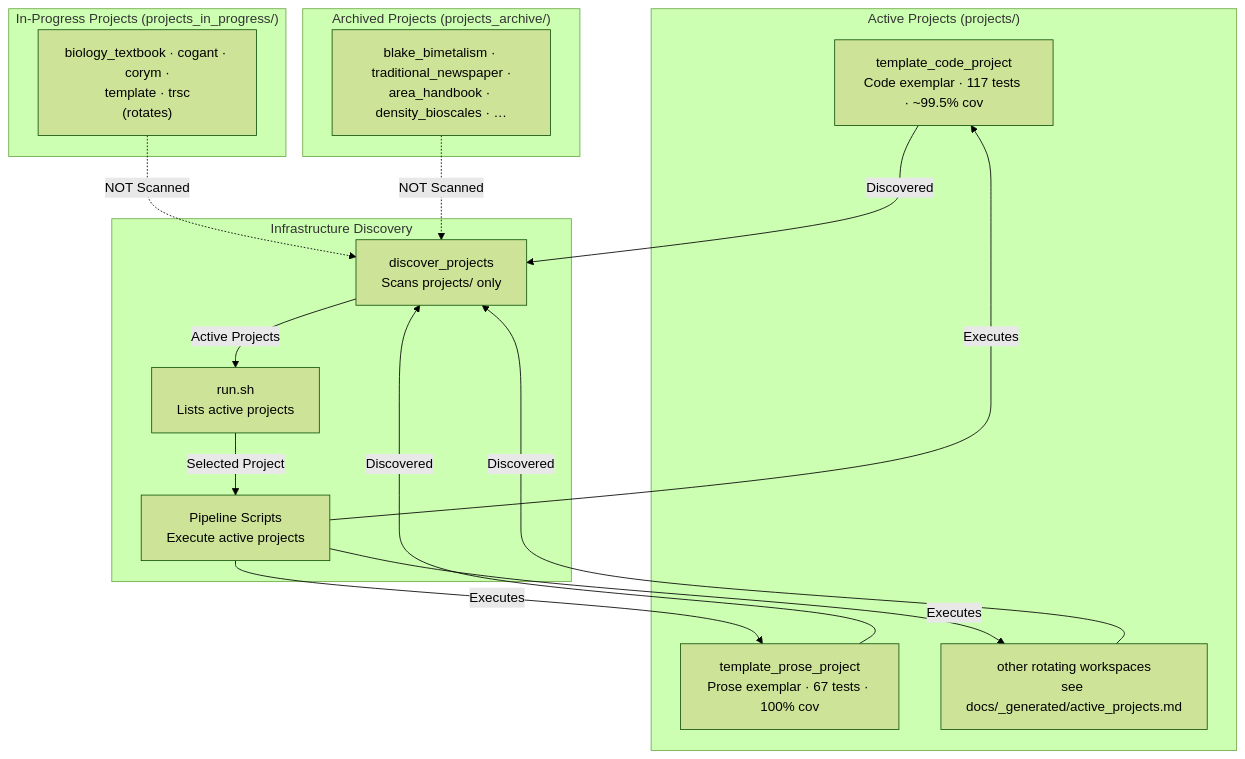
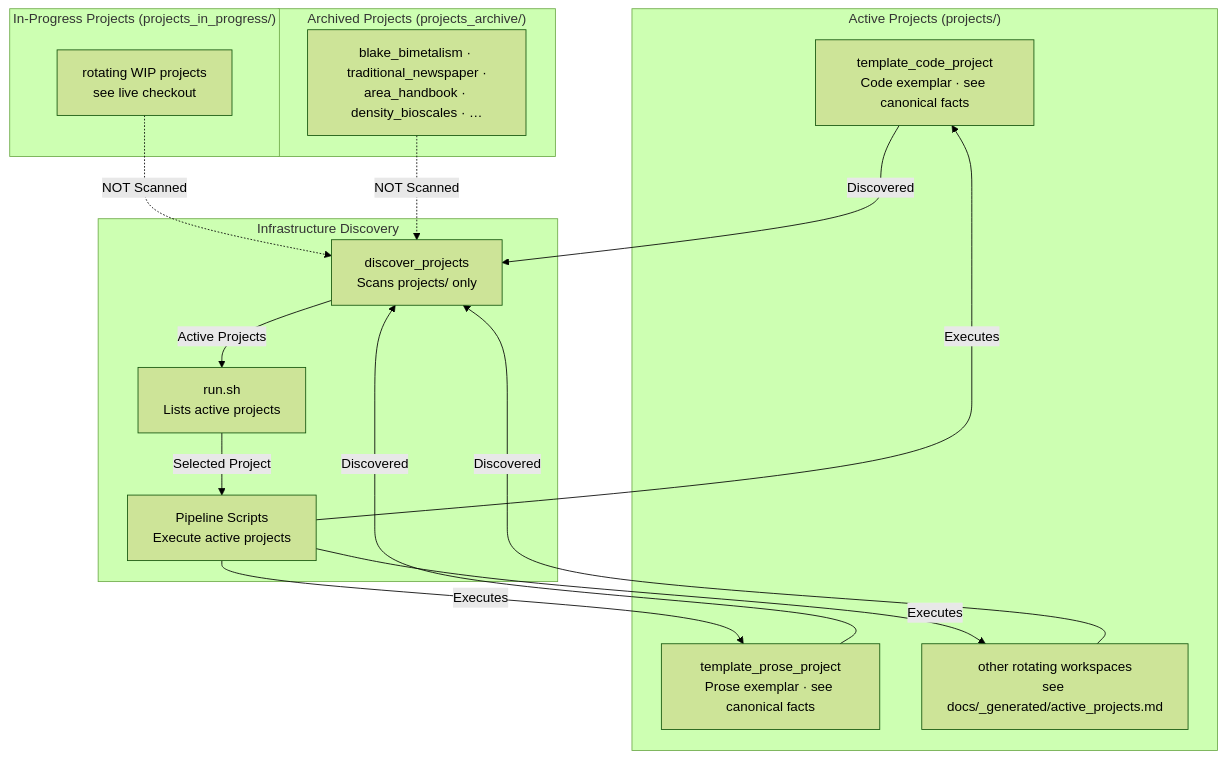
Before and after one commit to docxology/template: the first of 7 diagrams in projects/AGENTS.md, drawn with Mermaid (forest theme). The commit also changed other lines of this file and 482 other files, not shown here.

````diff
--- a/projects/AGENTS.md
+++ b/projects/AGENTS.md
@@ -81,34 +89,34 @@
 ```mermaid
 graph TD
     subgraph Active["Active Projects (projects/)"]
-        P1[template_code_project<br/>Code exemplar · 117 tests · ~99.5% cov]
-        P2[template_prose_project<br/>Prose exemplar · 67 tests · 100% cov]
+        P1[template_code_project<br/>Code exemplar · see canonical facts]
+        P2[template_prose_project<br/>Prose exemplar · see canonical facts]
         Pn[other rotating workspaces<br/>see docs/_generated/active_projects.md]
     end
 
     subgraph InProgress["In-Progress Projects (projects_in_progress/)"]
-        IP["biology_textbook · cogant · corym ·<br/>template · trsc<br/>(rotates)"]
+        IP["rotating WIP projects<br/>see live checkout"]
     end
 
     subgraph Archive["Archived Projects (projects_archive/)"]
         A[blake_bimetalism · traditional_newspaper ·<br/>area_handbook · density_bioscales · …]
     end
 
     subgraph Infrastructure["Infrastructure Discovery"]
         DISCOVER[discover_projects<br/>Scans projects/ only]
         RUNSH[run.sh<br/>Lists active projects]
         PIPELINE[Pipeline Scripts<br/>Execute active projects]
     end
 
     P1 -->|Discovered| DISCOVER
     P2 -->|Discovered| DISCOVER
     Pn -->|Discovered| DISCOVER
     IP -.->|NOT Scanned| DISCOVER
     A -.->|NOT Scanned| DISCOVER
 
     DISCOVER -->|Active Projects| RUNSH
     RUNSH -->|Selected Project| PIPELINE
     PIPELINE -->|Executes| P1
     PIPELINE -->|Executes| P2
     PIPELINE -->|Executes| Pn
 ```
````
